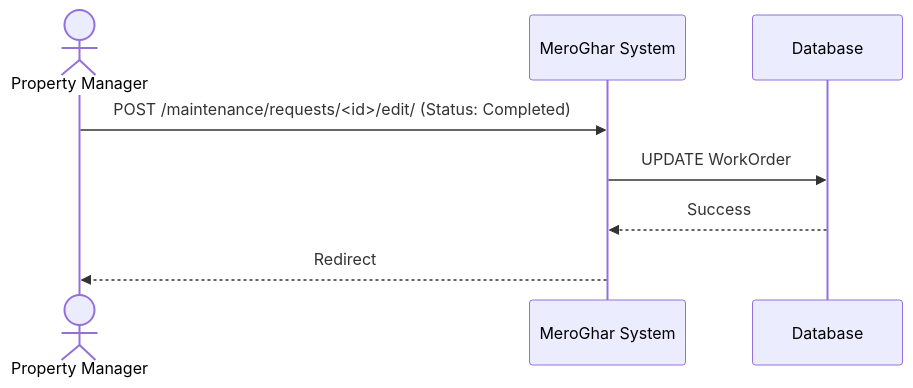
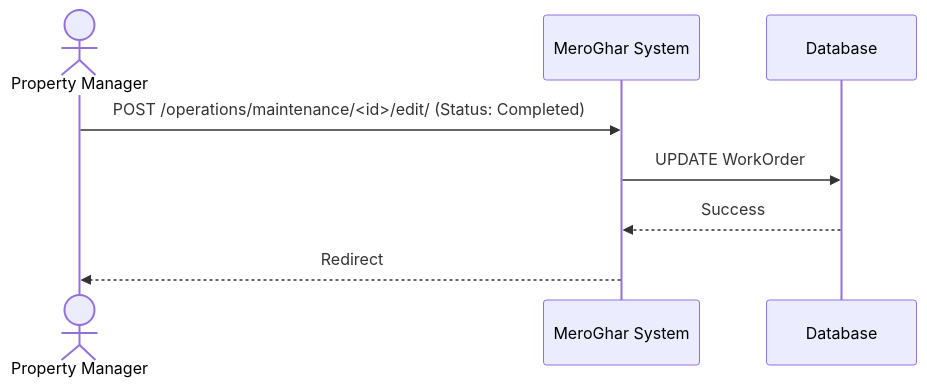
One commit to 0Ankit0/meroghar changed the third of 3 diagrams in docs/workflows/work_order.md. Above: the diagram before and after it, drawn with Mermaid. The commit also changed other lines of this file and 10 other files, not shown here.

````diff
--- a/docs/workflows/work_order.md
+++ b/docs/workflows/work_order.md
@@ -56,11 +56,11 @@
 ```mermaid
 sequenceDiagram
     actor Manager as Property Manager
     participant System as MeroGhar System
     participant DB as Database
 
-    Manager->>System: POST /maintenance/requests/<id>/edit/ (Status: Completed)
+    Manager->>System: POST /operations/maintenance/<id>/edit/ (Status: Completed)
     System->>DB: UPDATE WorkOrder
     DB-->>System: Success
     System-->>Manager: Redirect
 ```
````
